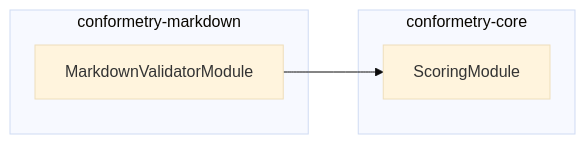
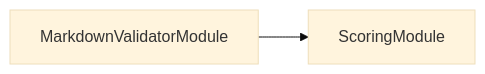
One commit to JimmyPaolini/codebase changed the second of 3 diagrams in packages/conformetry-markdown/README.md. Above: the diagram before and after it, drawn with Mermaid (base theme). The commit also changed other lines of this file and 241 other files, not shown here.

First line of the commit message:
feat(codependix,synchronization,deployments,documentation,codebase): ✨ add the codependix dependency-graph export suite (#335)

````diff
--- a/packages/conformetry-markdown/README.md
+++ b/packages/conformetry-markdown/README.md
@@ -58,10 +214,6 @@
 ```mermaid
 flowchart LR
-  subgraph group0["conformetry-markdown"]
-    MarkdownValidatorModule
-  end
-  subgraph group1["conformetry-core"]
-    ScoringModule
-  end
+  MarkdownValidatorModule
+  ScoringModule
   MarkdownValidatorModule --> ScoringModule
 ```
````
